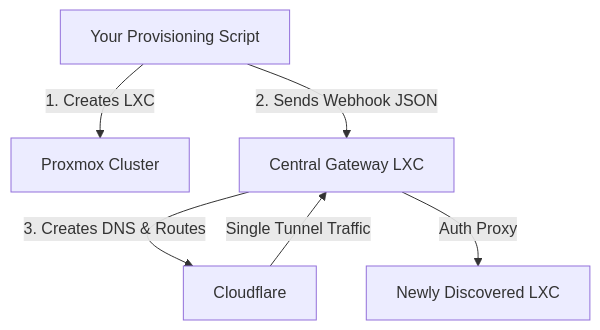
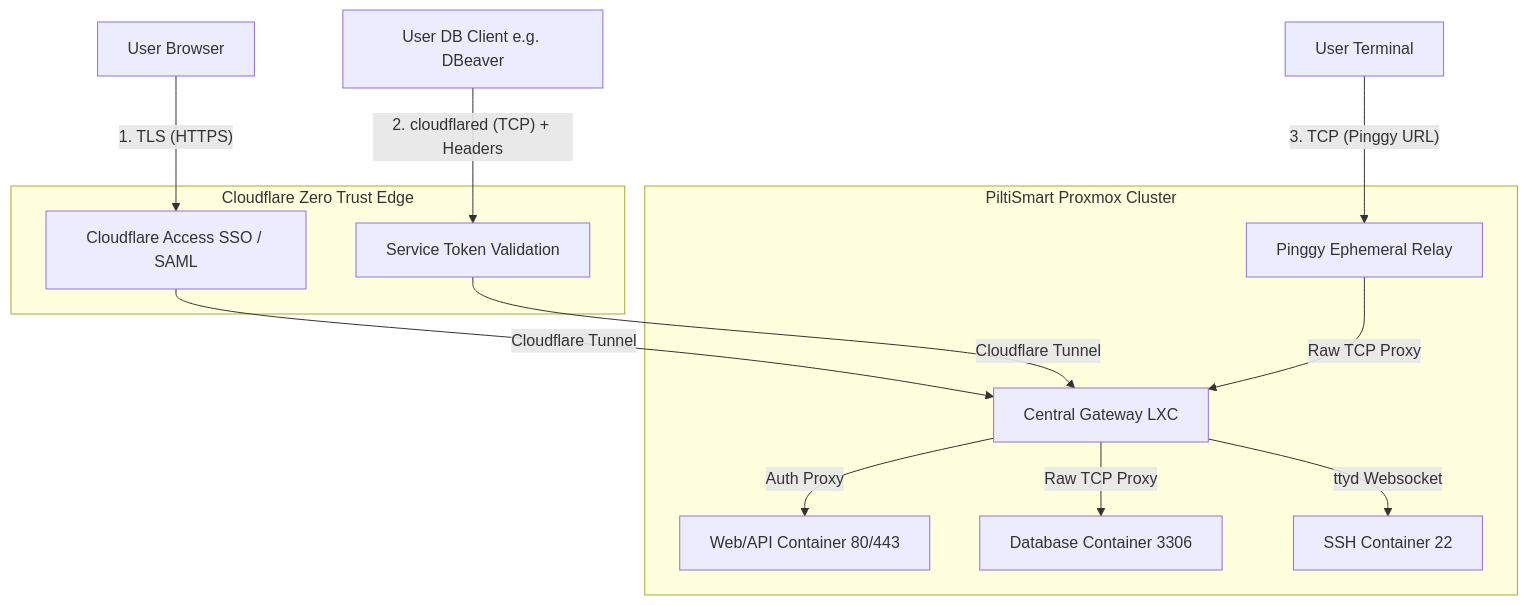
Before and after one commit to umeshKandhalu/Piltismart-Cloudflare-Bridge: the diagram in README.md, drawn with Mermaid. The commit also changed other lines of this file, not shown here.

Commit message:
docs: comprehensively update README with enterprise architecture diagram, UI guide, and API payloads

````diff
--- a/README.md
+++ b/README.md
@@ -18,8 +19,37 @@
 ```mermaid
 graph TD
-    API[Your Provisioning Script] -->|1. Creates LXC| PVE[Proxmox Cluster]
-    API -->|2. Sends Webhook JSON| Gateway[Central Gateway LXC]
-    Gateway -->|3. Creates DNS & Routes| CF[Cloudflare]
-    CF -- "Single Tunnel Traffic" --> Gateway
-    Gateway -- "Auth Proxy" --> LXC_New[Newly Discovered LXC]
+    %% Users
+    UserWeb[User Browser]
+    UserDB[User DB Client e.g. DBeaver]
+    UserSSH[User Terminal]
+
+    %% Cloudflare Edge
+    subgraph "Cloudflare Zero Trust Edge"
+        CF_Auth[Cloudflare Access SSO / SAML]
+        CF_Token[Service Token Validation]
+    end
+
+    %% Proxmox Cluster
+    subgraph "PiltiSmart Proxmox Cluster"
+        Gateway[Central Gateway LXC]
+        Pinggy[Pinggy Ephemeral Relay]
+        
+        %% Target LXCs
+        LXC_Web[Web/API Container 80/443]
+        LXC_DB[Database Container 3306]
+        LXC_SSH[SSH Container 22]
+    end
+
+    %% Routing Flows
+    UserWeb -- "1. TLS (HTTPS)" --> CF_Auth
+    CF_Auth -- "Cloudflare Tunnel" --> Gateway
+    Gateway -- "Auth Proxy" --> LXC_Web
+
+    UserDB -- "2. cloudflared (TCP) + Headers" --> CF_Token
+    CF_Token -- "Cloudflare Tunnel" --> Gateway
+    Gateway -- "Raw TCP Proxy" --> LXC_DB
+
+    UserSSH -- "3. TCP (Pinggy URL)" --> Pinggy
+    Pinggy -- "Raw TCP Proxy" --> Gateway
+    Gateway -- "ttyd Websocket" --> LXC_SSH
 ```
````
